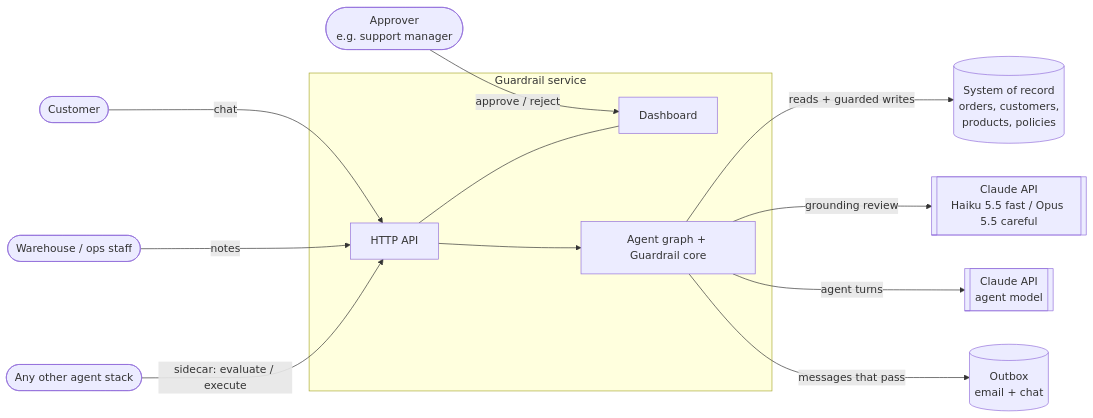
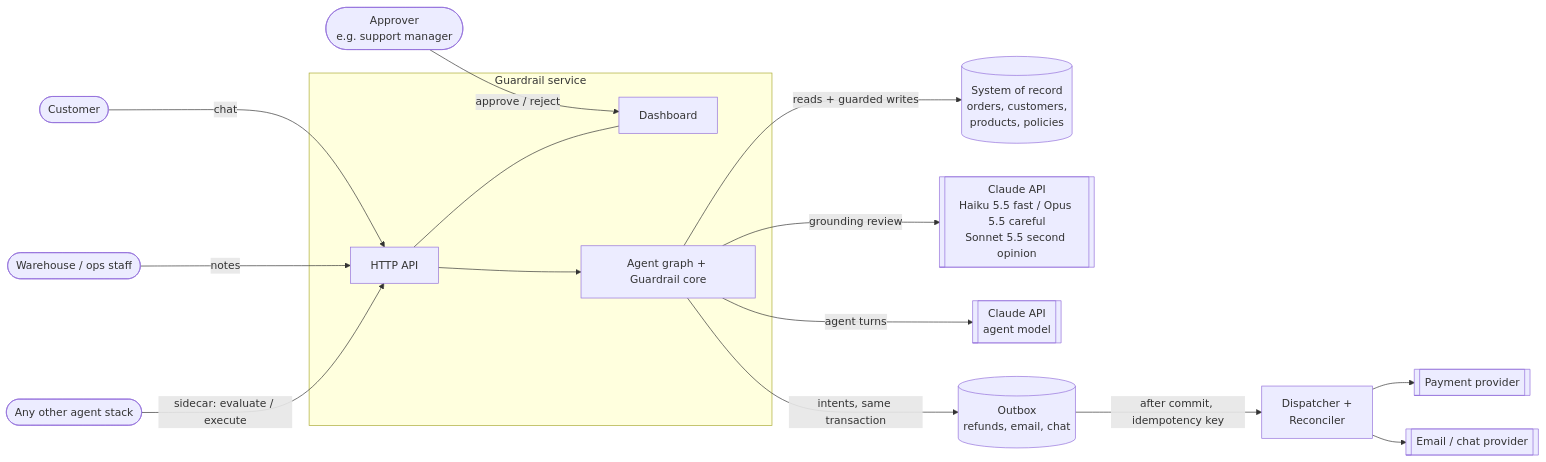
One commit to Prathu241/Guardrail changed the first of 8 diagrams in docs/ARCHITECTURE.md. Above: the diagram before and after it, drawn with Mermaid. The commit also changed other lines of this file and 8 other files, not shown here.

First line of the commit message:
Three-act demo and updated architecture, hardening and README docs

````diff
--- a/docs/ARCHITECTURE.md
+++ b/docs/ARCHITECTURE.md
@@ -25,17 +26,20 @@
 ```mermaid
 flowchart LR
     customer([Customer]) -->|chat| api
     ops([Warehouse / ops staff]) -->|notes| api
     approver([Approver<br/>e.g. support manager]) -->|approve / reject| dash
     other([Any other agent stack]) -->|sidecar: evaluate / execute| api
 
     subgraph guardrail [Guardrail service]
         api[HTTP API] --- dash[Dashboard]
         api --> core[Agent graph + Guardrail core]
     end
 
     core -->|reads + guarded writes| sor[(System of record<br/>orders, customers,<br/>products, policies)]
-    core -->|grounding review| claude[[Claude API<br/>Haiku 5.5 fast / Opus 5.5 careful]]
+    core -->|grounding review| claude[[Claude API<br/>Haiku 5.5 fast / Opus 5.5 careful<br/>Sonnet 5.5 second opinion]]
     core -->|agent turns| claudeagent[[Claude API<br/>agent model]]
-    core -->|messages that pass| outbox[(Outbox<br/>email + chat)]
+    core -->|intents, same transaction| outbox[(Outbox<br/>refunds, email, chat)]
+    outbox -->|after commit, idempotency key| worker[Dispatcher +<br/>Reconciler]
+    worker --> pay[[Payment provider]]
+    worker --> msg[[Email / chat provider]]
 ```
````
